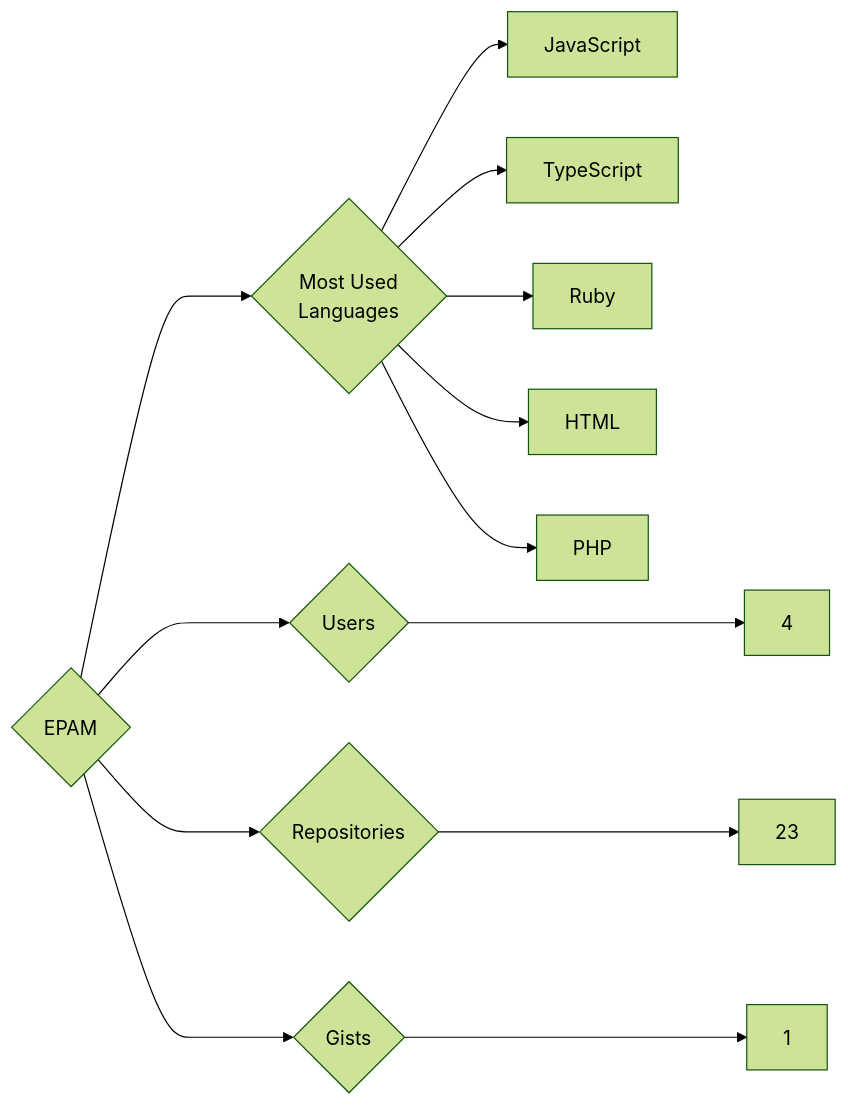
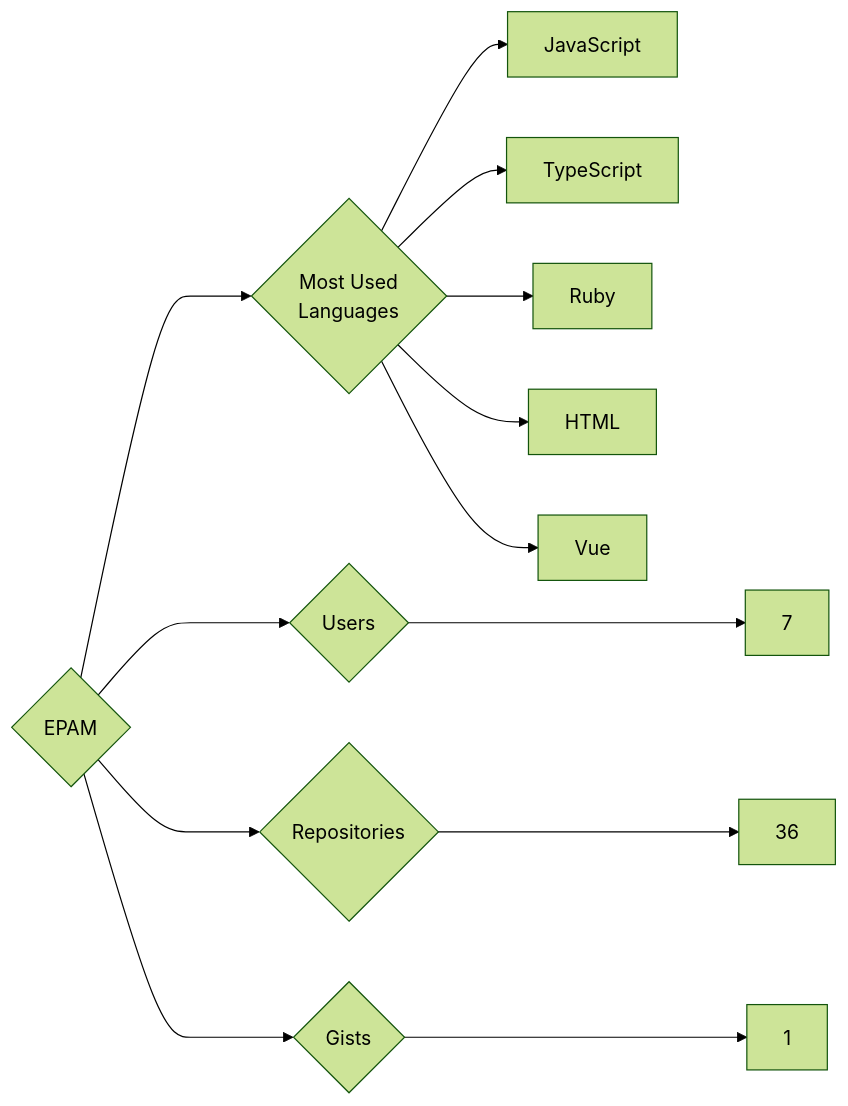
Before and after one commit to trickest/insiders: the diagram in targets/EPAM/README.md, drawn with Mermaid (forest theme). The commit also changed 993 other files, not shown here.

````diff
--- a/targets/EPAM/README.md
+++ b/targets/EPAM/README.md
@@ -3,13 +3,13 @@
 ```mermaid
 graph LR
 COMPANY_NAME{EPAM}
-COMPANY_NAME ---> U{Users} ---> UN[4]
-COMPANY_NAME ---> R{Repositories} ---> RN[23]
+COMPANY_NAME ---> U{Users} ---> UN[7]
+COMPANY_NAME ---> R{Repositories} ---> RN[36]
 COMPANY_NAME ---> G{Gists} ---> GN[1]
 COMPANY_NAME ---> ML{Most Used<br>Languages}
 ML --> JavaScript[JavaScript]
 ML --> TypeScript[TypeScript]
 ML --> Ruby[Ruby]
 ML --> HTML[HTML]
-ML --> PHP[PHP]
+ML --> Vue[Vue]
 ```
````
